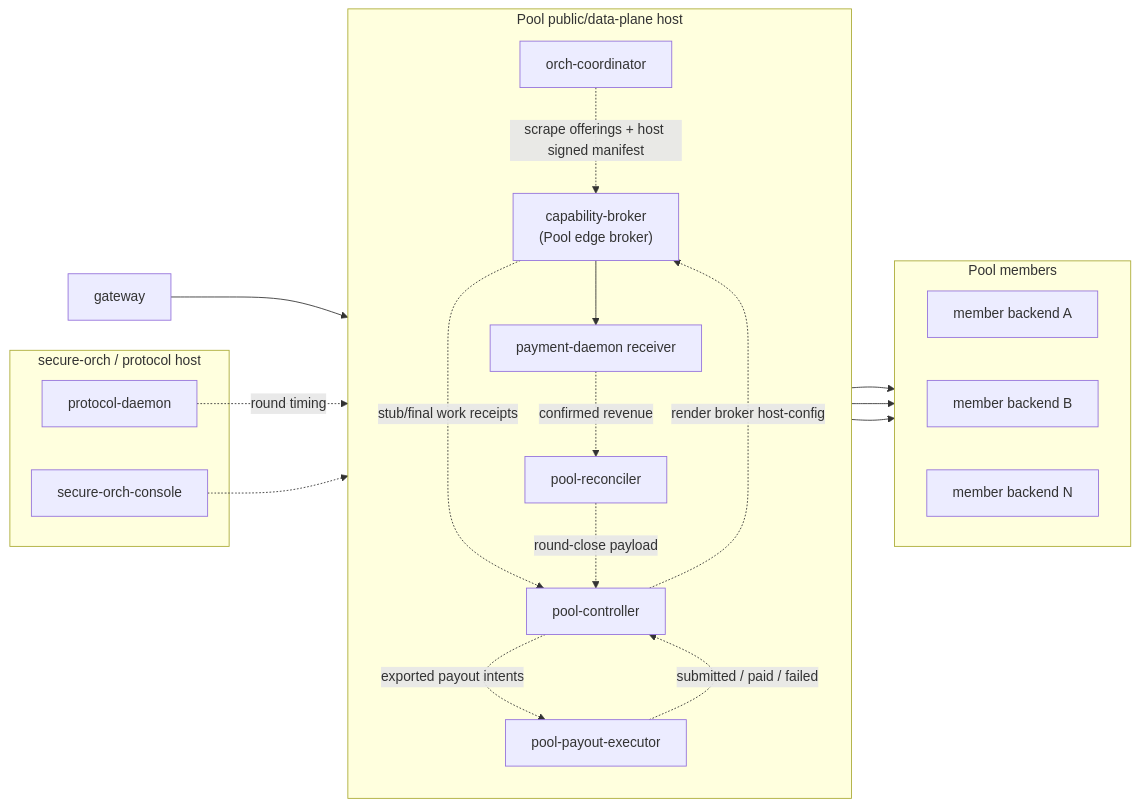
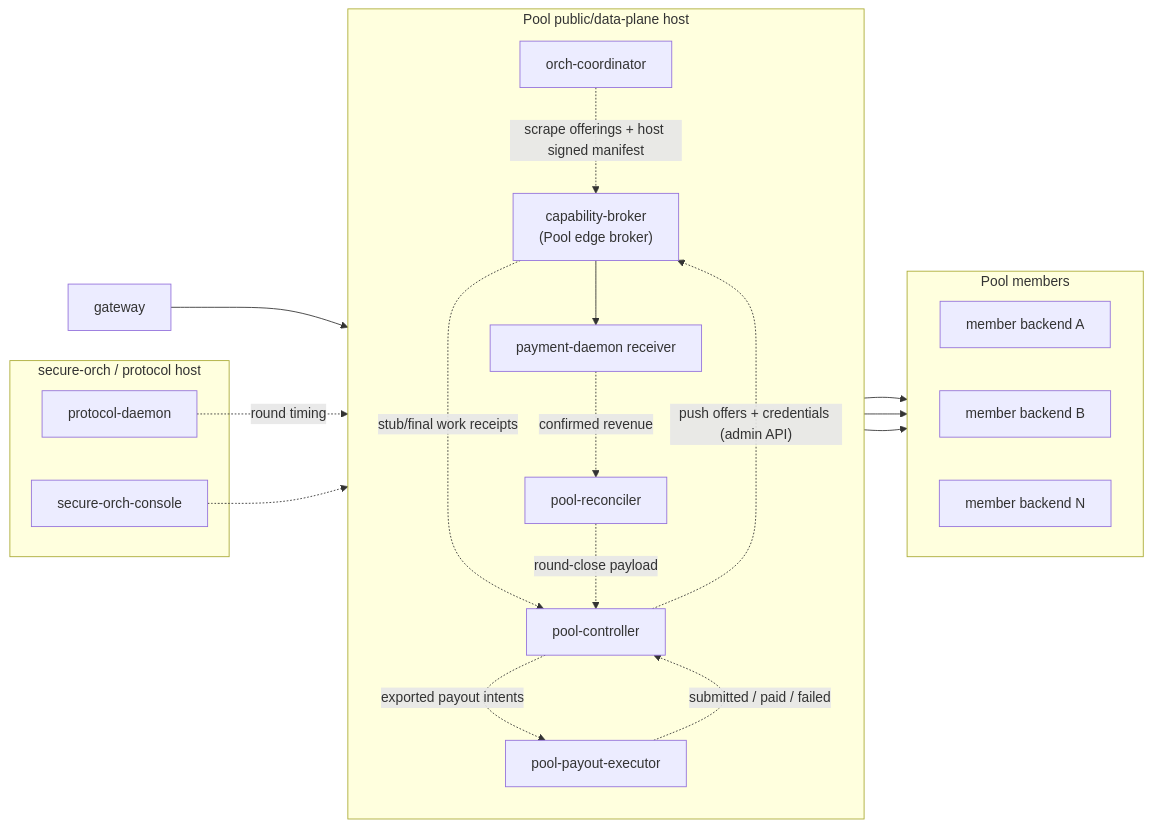
Before and after one commit to Cloud-SPE/livepeer-network-modules: the second of 9 diagrams in docs/design-docs/architecture-overview.md, drawn with Mermaid. The commit also changed other lines of this file and 8 other files, not shown here.

````diff
--- a/docs/design-docs/architecture-overview.md
+++ b/docs/design-docs/architecture-overview.md
@@ -119,40 +119,40 @@
 ```mermaid
 flowchart LR
     subgraph secure_host["secure-orch / protocol host"]
         SOC["secure-orch-console"]
         PRD["protocol-daemon"]
     end
 
     subgraph public_host["Pool public/data-plane host"]
         direction TB
         OC["orch-coordinator"]
         PCB["capability-broker<br/>(Pool edge broker)"]
         PPD["payment-daemon receiver"]
         PCC["pool-controller"]
         PRC["pool-reconciler"]
         PPE["pool-payout-executor"]
     end
 
     subgraph members["Pool members"]
         direction LR
         MB1["member backend A"]
         MB2["member backend B"]
         MB3["member backend N"]
     end
 
     GW["gateway"] --> PCB
     PCB --> PPD
     PCB --> MB1
     PCB --> MB2
     PCB --> MB3
 
-    PCC -.->|"render broker host-config"| PCB
+    PCC -.->|"push offers + credentials (admin API)"| PCB
     PCC -.->|"exported payout intents"| PPE
     PCB -.->|"stub/final work receipts"| PCC
     PRD -.->|"round timing"| PRC
     PPD -.->|"confirmed revenue"| PRC
     PRC -.->|"round-close payload"| PCC
     PPE -.->|"submitted / paid / failed"| PCC
     OC -.->|"scrape offerings + host signed manifest"| PCB
     SOC -.-> OC
 ```
````
